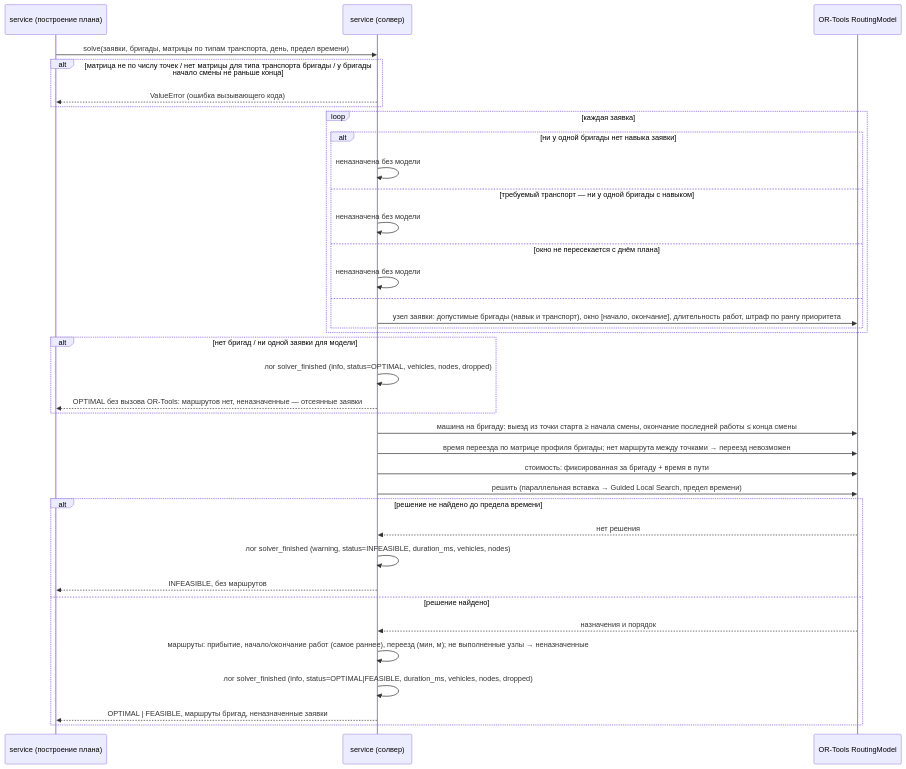
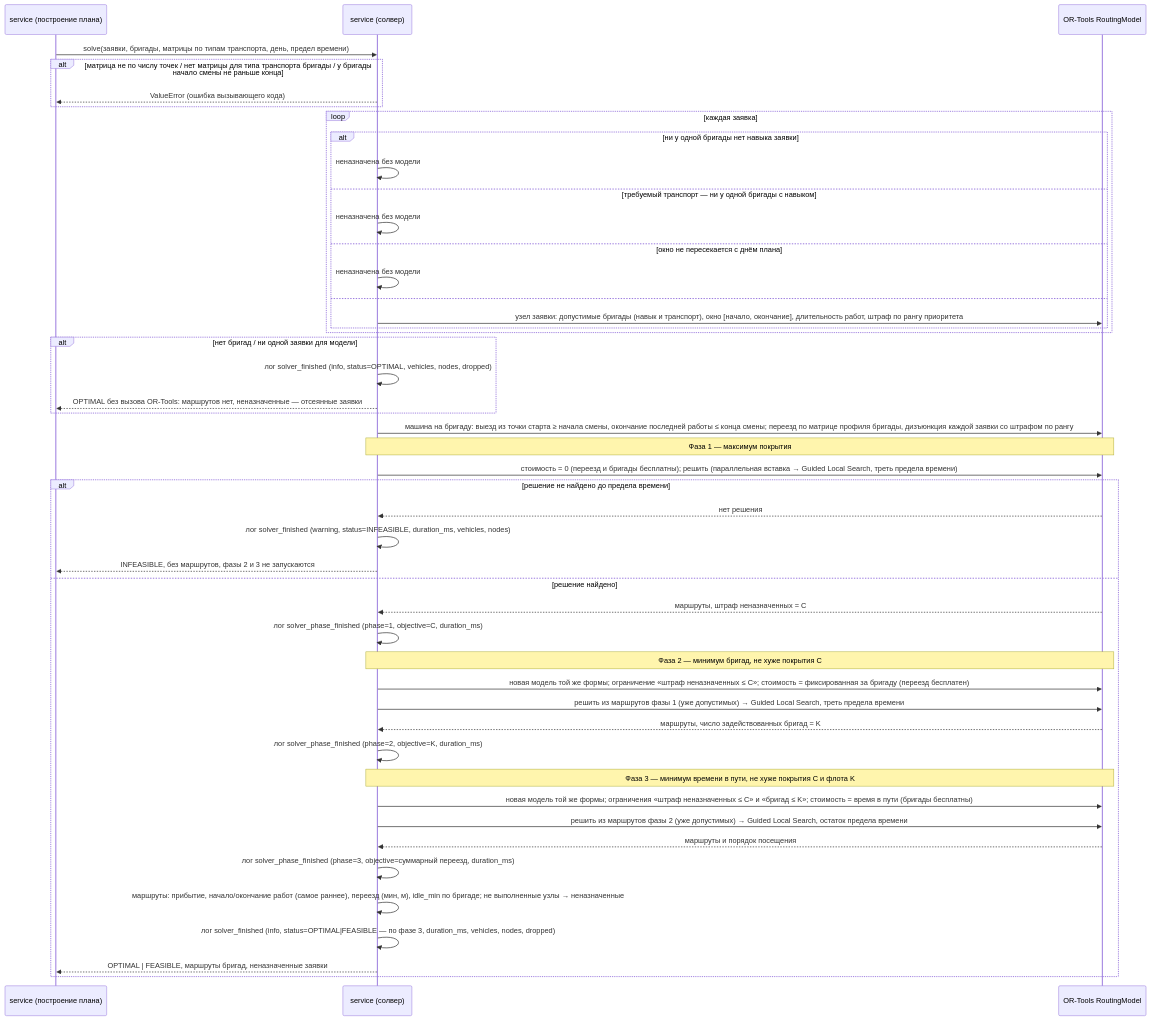
Before and after one commit to vseminoy/engineer_route_plan: the second of 3 diagrams in back/src/service/sequence_diagrams.md, drawn with Mermaid. The commit also changed other lines of this file and 4 other files, not shown here.

````diff
--- a/back/src/service/sequence_diagrams.md
+++ b/back/src/service/sequence_diagrams.md
@@ -309,40 +335,53 @@
 ```mermaid
 sequenceDiagram
     participant Caller as service (построение плана)
     participant Solver as service (солвер)
     participant OR as OR-Tools RoutingModel
 
     Caller->>Solver: solve(заявки, бригады, матрицы по типам транспорта, день, предел времени)
     alt матрица не по числу точек / нет матрицы для типа транспорта бригады / у бригады начало смены не раньше конца
         Solver-->>Caller: ValueError (ошибка вызывающего кода)
     end
     loop каждая заявка
         alt ни у одной бригады нет навыка заявки
             Solver->>Solver: неназначена без модели
         else требуемый транспорт — ни у одной бригады с навыком
             Solver->>Solver: неназначена без модели
         else окно не пересекается с днём плана
             Solver->>Solver: неназначена без модели
         else
             Solver->>OR: узел заявки: допустимые бригады (навык и транспорт), окно [начало, окончание], длительность работ, штраф по рангу приоритета
         end
     end
     alt нет бригад / ни одной заявки для модели
         Solver->>Solver: лог solver_finished (info, status=OPTIMAL, vehicles, nodes, dropped)
         Solver-->>Caller: OPTIMAL без вызова OR-Tools: маршрутов нет, неназначенные — отсеянные заявки
     end
-    Solver->>OR: машина на бригаду: выезд из точки старта ≥ начала смены, окончание последней работы ≤ конца смены
-    Solver->>OR: время переезда по матрице профиля бригады#59; нет маршрута между точками → переезд невозможен
-    Solver->>OR: стоимость: фиксированная за бригаду + время в пути
-    Solver->>OR: решить (параллельная вставка → Guided Local Search, предел времени)
+    Solver->>OR: машина на бригаду: выезд из точки старта ≥ начала смены, окончание последней работы ≤ конца смены#59; переезд по матрице профиля бригады, дизъюнкция каждой заявки со штрафом по рангу
+
+    note over Solver,OR: Фаза 1 — максимум покрытия
+    Solver->>OR: стоимость = 0 (переезд и бригады бесплатны)#59; решить (параллельная вставка → Guided Local Search, треть предела времени)
     alt решение не найдено до предела времени
         OR-->>Solver: нет решения
         Solver->>Solver: лог solver_finished (warning, status=INFEASIBLE, duration_ms, vehicles, nodes)
-        Solver-->>Caller: INFEASIBLE, без маршрутов
+        Solver-->>Caller: INFEASIBLE, без маршрутов, фазы 2 и 3 не запускаются
     else решение найдено
-        OR-->>Solver: назначения и порядок
-        Solver->>Solver: маршруты: прибытие, начало/окончание работ (самое раннее), переезд (мин, м)#59; не выполненные узлы → неназначенные
-        Solver->>Solver: лог solver_finished (info, status=OPTIMAL|FEASIBLE, duration_ms, vehicles, nodes, dropped)
+        OR-->>Solver: маршруты, штраф неназначенных = C
+        Solver->>Solver: лог solver_phase_finished (phase=1, objective=C, duration_ms)
+
+        note over Solver,OR: Фаза 2 — минимум бригад, не хуже покрытия C
+        Solver->>OR: новая модель той же формы#59; ограничение «штраф неназначенных ≤ C»#59; стоимость = фиксированная за бригаду (переезд бесплатен)
+        Solver->>OR: решить из маршрутов фазы 1 (уже допустимых) → Guided Local Search, треть предела времени
+        OR-->>Solver: маршруты, число задействованных бригад = K
+        Solver->>Solver: лог solver_phase_finished (phase=2, objective=K, duration_ms)
+
+        note over Solver,OR: Фаза 3 — минимум времени в пути, не хуже покрытия C и флота K
+        Solver->>OR: новая модель той же формы#59; ограничения «штраф неназначенных ≤ C» и «бригад ≤ K»#59; стоимость = время в пути (бригады бесплатны)
+        Solver->>OR: решить из маршрутов фазы 2 (уже допустимых) → Guided Local Search, остаток предела времени
+        OR-->>Solver: маршруты и порядок посещения
+        Solver->>Solver: лог solver_phase_finished (phase=3, objective=суммарный переезд, duration_ms)
+        Solver->>Solver: маршруты: прибытие, начало/окончание работ (самое раннее), переезд (мин, м), idle_min по бригаде#59; не выполненные узлы → неназначенные
+        Solver->>Solver: лог solver_finished (info, status=OPTIMAL|FEASIBLE — по фазе 3, duration_ms, vehicles, nodes, dropped)
         Solver-->>Caller: OPTIMAL | FEASIBLE, маршруты бригад, неназначенные заявки
     end
 ```
````
